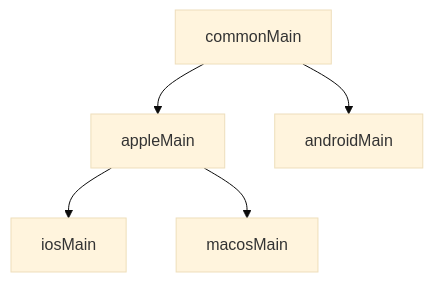
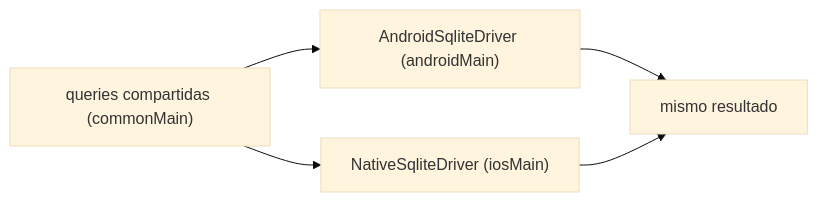
The third of 5 diagrams in web/public/content/kotlin-multiplatform/modulo-3.md (NICORUIZ93/The_Imperial_Book), drawn with Mermaid (base theme) before and after one commit. The commit also changed other lines of this file and 305 other files, not shown here.

````diff
--- a/web/public/content/kotlin-multiplatform/modulo-3.md
+++ b/web/public/content/kotlin-multiplatform/modulo-3.md
@@ -209,7 +127,7 @@
 ```mermaid
-flowchart TB
-  A[commonMain] --> B[appleMain]
-  A --> C[androidMain]
-  B --> D[iosMain]
-  B --> E[macosMain]
+flowchart LR
+  A["queries compartidas (commonMain)"] --> B["AndroidSqliteDriver (androidMain)"]
+  A --> C["NativeSqliteDriver (iosMain)"]
+  B --> D[mismo resultado]
+  C --> D
 ```
````
